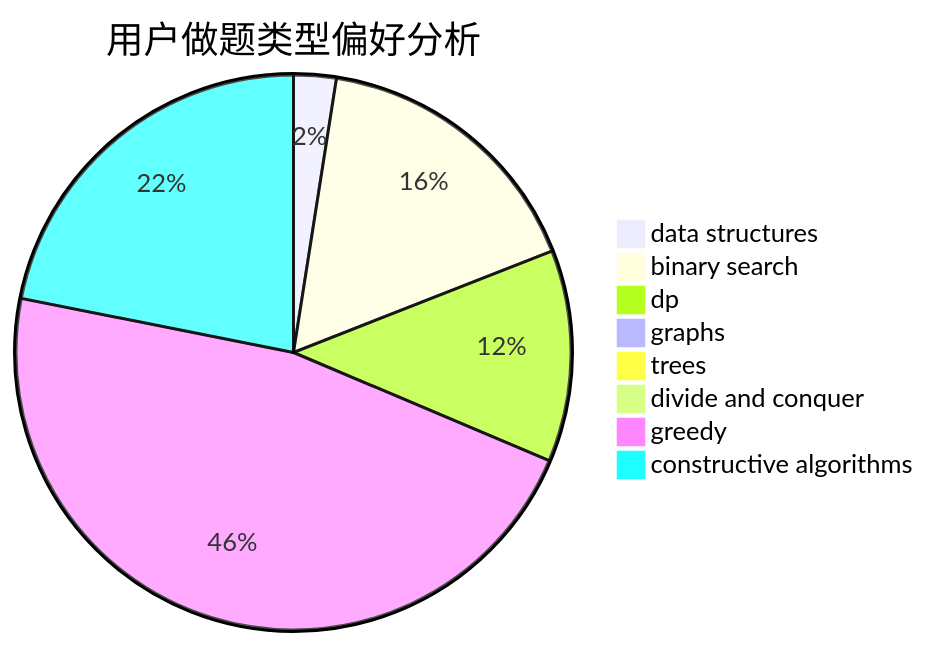
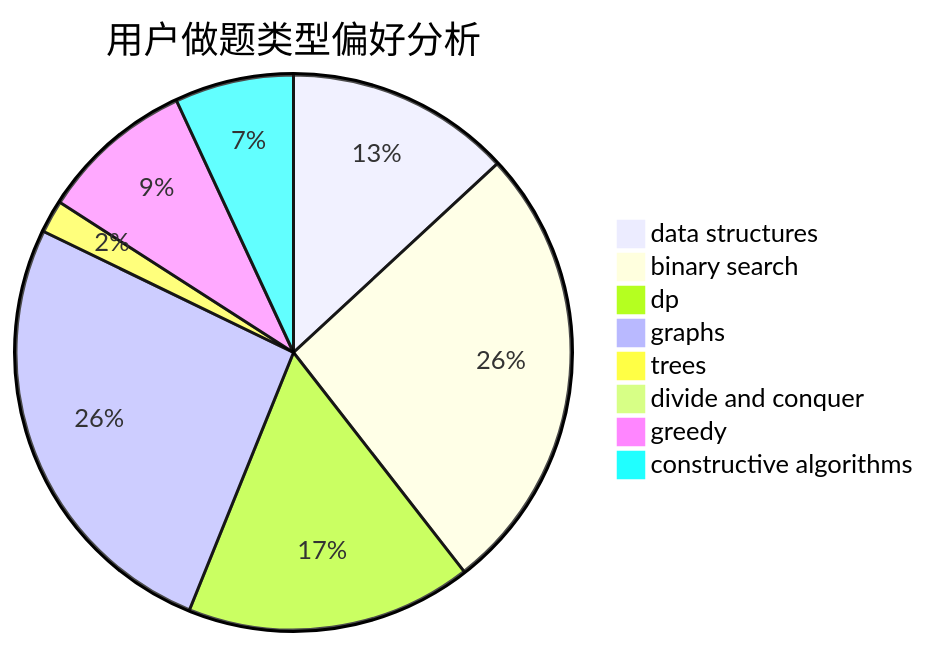
Before and after one commit to sherpahu/cfrs.github.io: the second of 3 diagrams in docs/user/u580.md, drawn with Mermaid. The commit also changed other lines of this file and 2770 other files, not shown here.

````diff
--- a/docs/user/u580.md
+++ b/docs/user/u580.md
@@ -23,11 +23,11 @@
 ```mermaid
 pie title 用户做题类型偏好分析
-    "data structures" :  42
-    "binary search" :  281
-    "dp" :  209
-    "graphs" :  16
-    "trees" :  11
+    "data structures" :  89
+    "binary search" :  179
+    "dp" :  113
+    "graphs" :  177
+    "trees" :  13
     "divide and conquer" :  0
-    "greedy" :  793
-    "constructive algorithms" :  371
+    "greedy" :  61
+    "constructive algorithms" :  47
 ```
````
